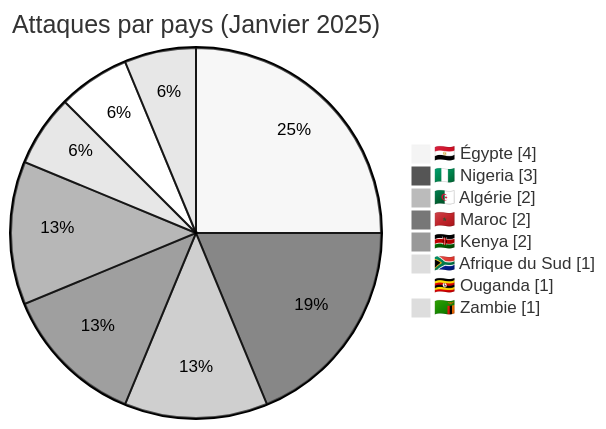
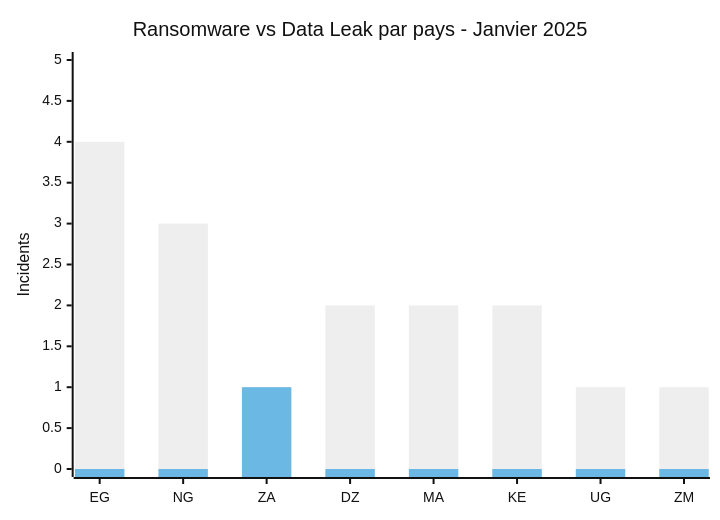
The third of 7 diagrams in CyberAttackAfrica/2025/01-january/README_FR.md (Hatchepsoute/AFRINTEL), drawn with Mermaid (neutral theme) before and after one commit. The commit also changed other lines of this file and 45 other files, not shown here.

````diff
--- a/CyberAttackAfrica/2025/01-january/README_FR.md
+++ b/CyberAttackAfrica/2025/01-january/README_FR.md
@@ -83,12 +100,8 @@
 ```mermaid
-pie showData
-    title Attaques par pays (Janvier 2025)
-    "🇪🇬 Égypte" : 4
-    "🇳🇬 Nigeria" : 3
-    "🇩🇿 Algérie" : 2
-    "🇲🇦 Maroc" : 2
-    "🇰🇪 Kenya" : 2
-    "🇿🇦 Afrique du Sud" : 1
-    "🇺🇬 Ouganda" : 1
-    "🇿🇲 Zambie" : 1
+xychart-beta
+    title "Ransomware vs Data Leak par pays - Janvier 2025"
+    x-axis ["EG", "NG", "ZA", "DZ", "MA", "KE", "UG", "ZM"]
+    y-axis "Incidents" 0 --> 5
+    bar [4, 3, 1, 2, 2, 2, 1, 1]
+    bar [0, 0, 1, 0, 0, 0, 0, 0]
 ```
````
